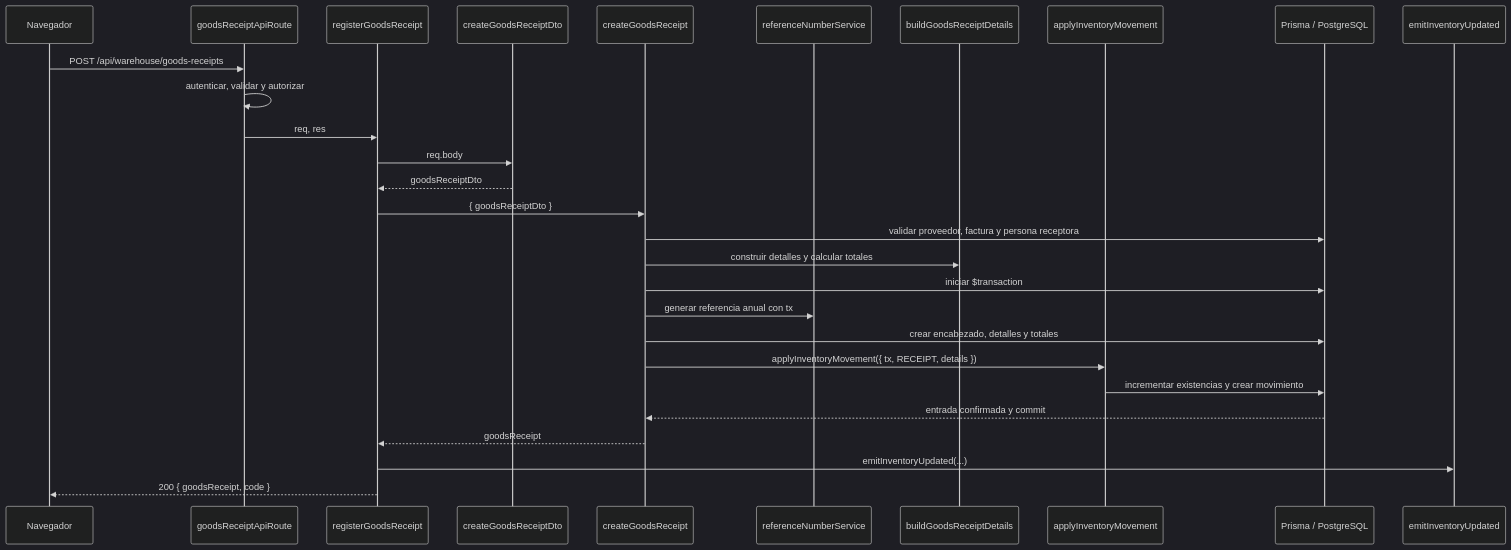
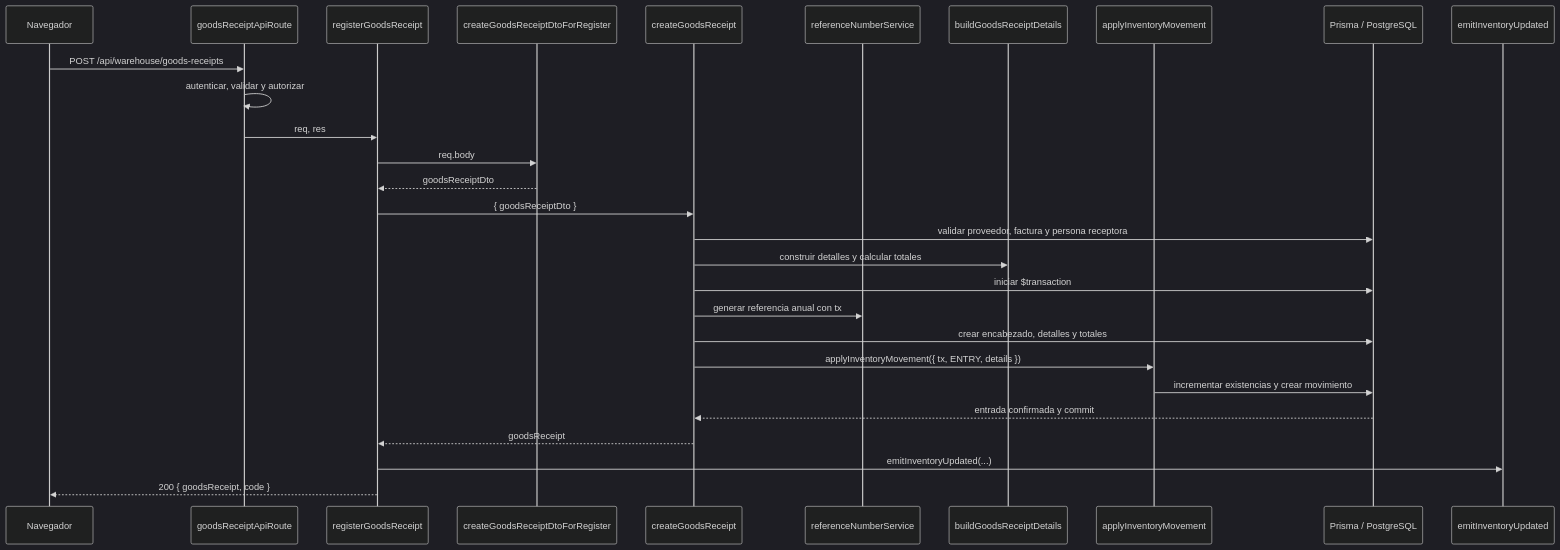
One commit to gpgsistemas01/nexus changed the sixth of 15 diagrams in docs/architecture/backend-technical-documentation.md. Above: the diagram before and after it, drawn with Mermaid (dark theme). The commit also changed 5 other files, not shown here.

````diff
--- a/docs/architecture/backend-technical-documentation.md
+++ b/docs/architecture/backend-technical-documentation.md
@@ -377,31 +377,31 @@
 ```mermaid
 sequenceDiagram
     participant Browser as Navegador
     participant Router as goodsReceiptApiRoute
     participant Controller as registerGoodsReceipt
-    participant DTO as createGoodsReceiptDto
+    participant DTO as createGoodsReceiptDtoForRegister
     participant Service as createGoodsReceipt
     participant Reference as referenceNumberService
     participant DetailBuilder as buildGoodsReceiptDetails
     participant Inventory as applyInventoryMovement
     participant Prisma as Prisma / PostgreSQL
     participant Socket as emitInventoryUpdated
 
     Browser->>Router: POST /api/warehouse/goods-receipts
     Router->>Router: autenticar, validar y autorizar
     Router->>Controller: req, res
     Controller->>DTO: req.body
     DTO-->>Controller: goodsReceiptDto
     Controller->>Service: { goodsReceiptDto }
     Service->>Prisma: validar proveedor, factura y persona receptora
     Service->>DetailBuilder: construir detalles y calcular totales
     Service->>Prisma: iniciar $transaction
     Service->>Reference: generar referencia anual con tx
     Service->>Prisma: crear encabezado, detalles y totales
-    Service->>Inventory: applyInventoryMovement({ tx, RECEIPT, details })
+    Service->>Inventory: applyInventoryMovement({ tx, ENTRY, details })
     Inventory->>Prisma: incrementar existencias y crear movimiento
     Prisma-->>Service: entrada confirmada y commit
     Service-->>Controller: goodsReceipt
     Controller->>Socket: emitInventoryUpdated(...)
     Controller-->>Browser: 200 { goodsReceipt, code }
 ```
````
